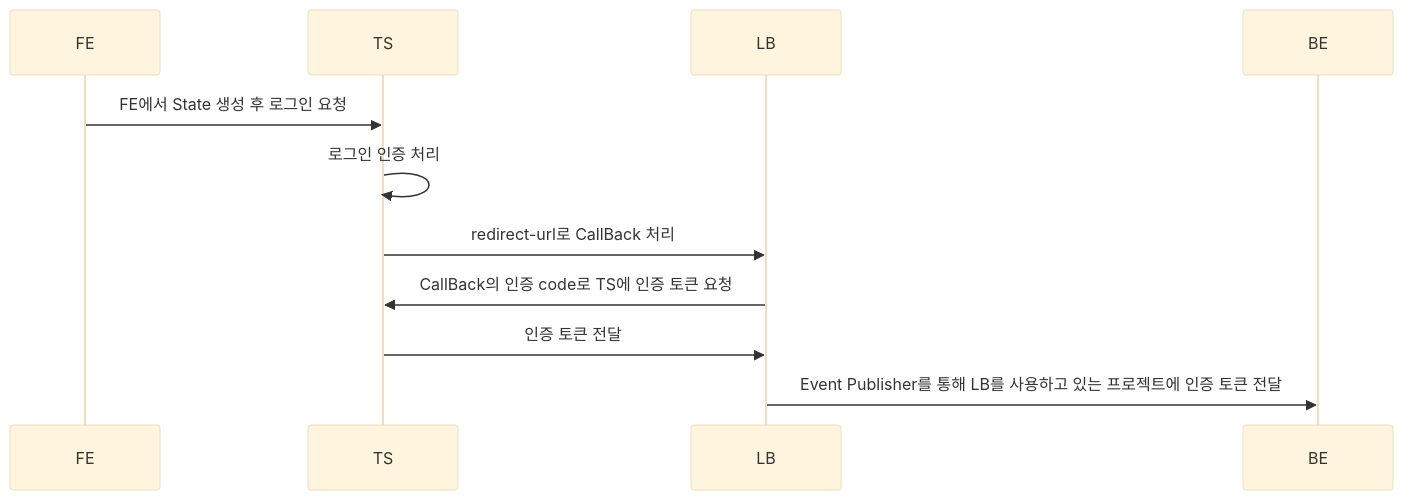
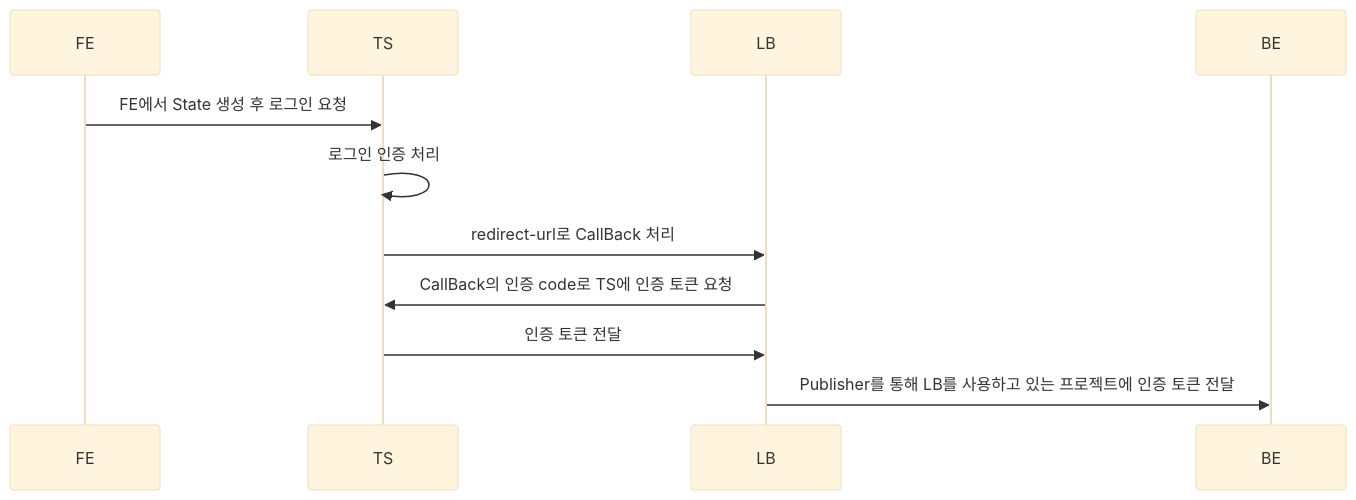
One commit to SpadeJJJ/oauth_rebuild changed the diagram in README.md. Above: the diagram before and after it, drawn with Mermaid (base theme). The commit also changed other lines of this file, not shown here.

````diff
--- a/README.md
+++ b/README.md
@@ -15,9 +17,9 @@
 ```mermaid
 sequenceDiagram
 FE ->> TS: FE에서 State 생성 후 로그인 요청
 TS ->> TS : 로그인 인증 처리
 TS ->> LB : redirect-url로 CallBack 처리
 LB ->> TS : CallBack의 인증 code로 TS에 인증 토큰 요청
 TS ->> LB : 인증 토큰 전달
-LB ->> BE : Event Publisher를 통해 LB를 사용하고 있는 프로젝트에 인증 토큰 전달
+LB ->> BE : Publisher를 통해 LB를 사용하고 있는 프로젝트에 인증 토큰 전달
 ```
````
